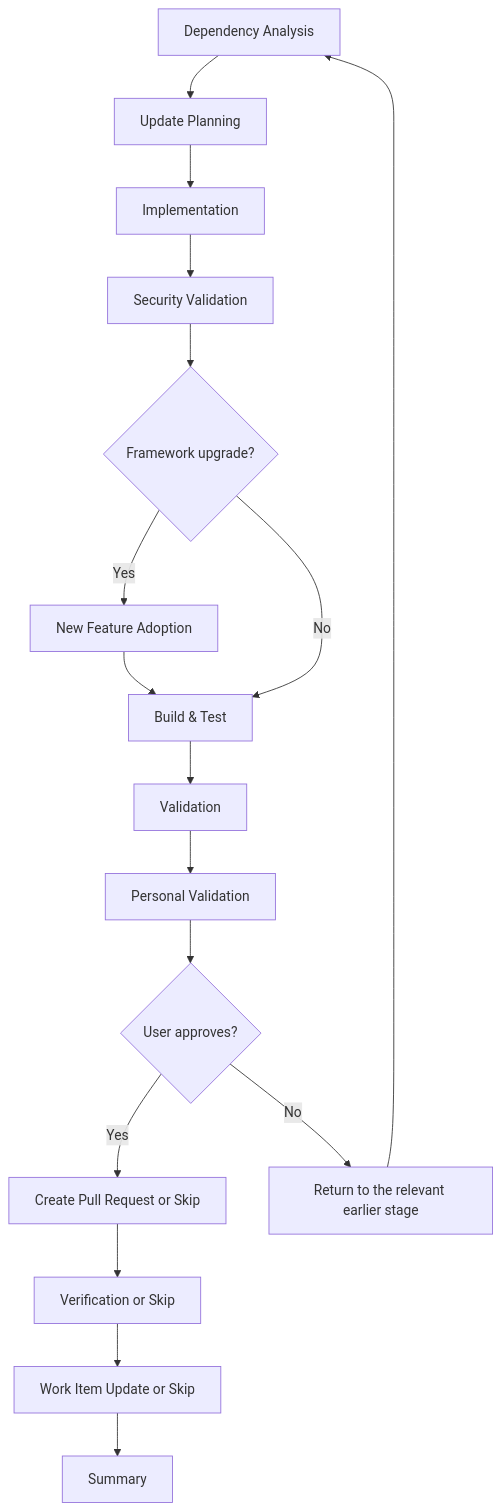
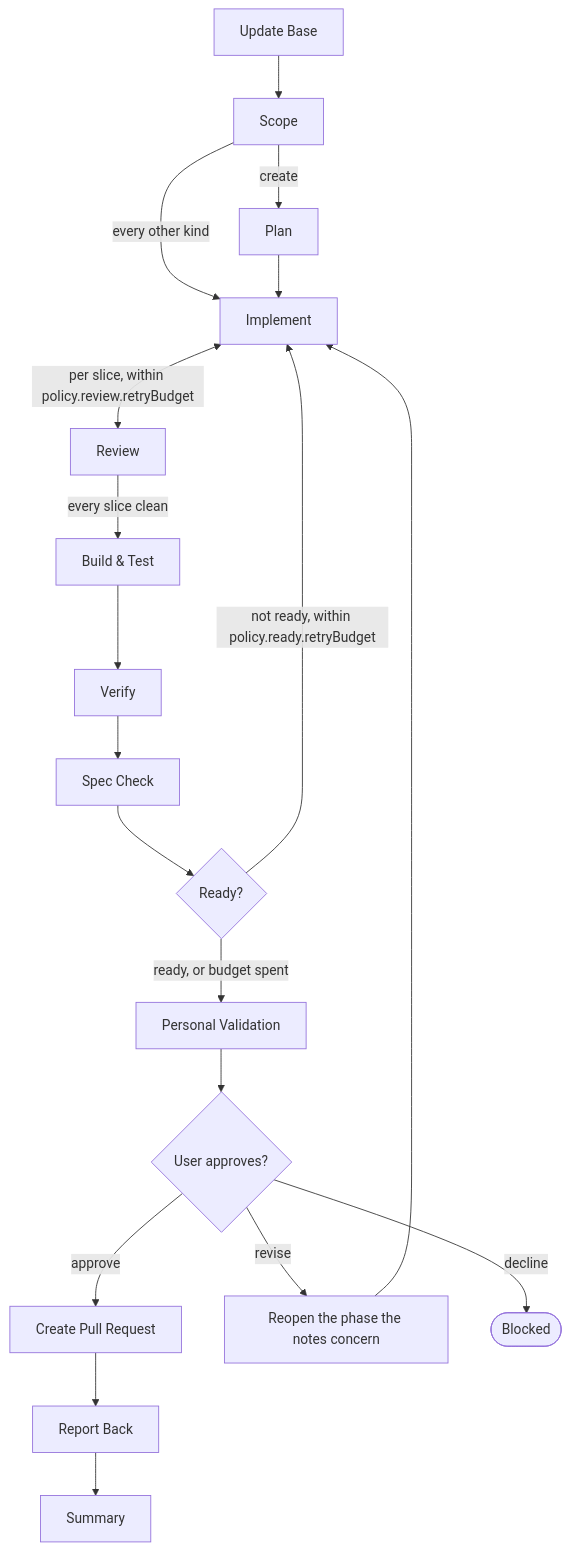
One commit to JSdotNet/ai-agent-stack changed the first of 2 diagrams in plugins/delivery/FLOW-DIAGRAMS.md. Above: the diagram before and after it, drawn with Mermaid. The commit also changed other lines of this file and 1 other file, not shown here.

First line of the commit message:
delivery: draw the two flows and describe the phases in the README

````diff
--- a/plugins/delivery/FLOW-DIAGRAMS.md
+++ b/plugins/delivery/FLOW-DIAGRAMS.md
@@ -58,19 +23,21 @@
 ```mermaid
 flowchart TD
-    A["Dependency Analysis"] --> B["Update Planning"]
-    B --> C["Implementation"]
-    C --> D["Security Validation"]
-    D --> N{Framework upgrade?}
-    N -->|Yes| NF["New Feature Adoption"]
-    NF --> E["Build & Test"]
-    N -->|No| E
-    E --> F["Validation"]
-    F --> G["Personal Validation"]
-    G --> H{User approves?}
-    H -->|Yes| I["Create Pull Request or Skip"]
-    H -->|No| J["Return to the relevant earlier stage"]
-    J --> A
-    I --> DU["Verification or Skip"]
-    DU --> U["Work Item Update or Skip"]
-    U --> K["Summary"]
+    UB["Update Base"] --> S["Scope"]
+    S -->|create| P["Plan"]
+    S -->|every other kind| I["Implement"]
+    P --> I
+    I <-->|"per slice, within policy.review.retryBudget"| R["Review"]
+    R -->|every slice clean| BT["Build & Test"]
+    BT --> V["Verify"]
+    V --> SC["Spec Check"]
+    SC --> RD{"Ready?"}
+    RD -->|"not ready, within policy.ready.retryBudget"| I
+    RD -->|"ready, or budget spent"| PV["Personal Validation"]
+    PV --> G{User approves?}
+    G -->|approve| PR["Create Pull Request"]
+    G -->|revise| BACK["Reopen the phase the notes concern"]
+    BACK --> I
+    G -->|decline| X(["Blocked"])
+    PR --> RB["Report Back"]
+    RB --> SU["Summary"]
 ```
````
